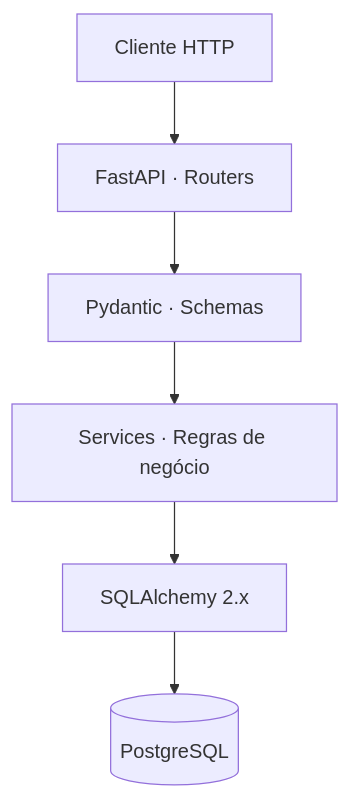
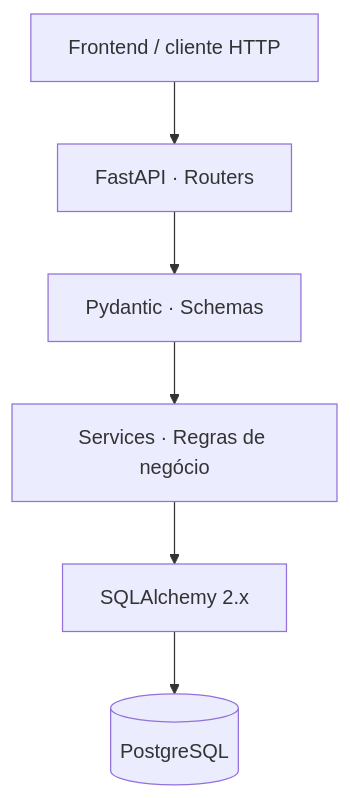
One commit to GabrielJalmeida/baby-belo changed the first of 3 diagrams in README.md. Above: the diagram before and after it, drawn with Mermaid. The commit also changed other lines of this file, not shown here.

````diff
--- a/README.md
+++ b/README.md
@@ -79,8 +89,8 @@
 ```mermaid
 flowchart TD
-    CLIENT[Cliente HTTP] --> ROUTER[FastAPI · Routers]
+    CLIENT[Frontend / cliente HTTP] --> ROUTER[FastAPI · Routers]
     ROUTER --> SCHEMA[Pydantic · Schemas]
     SCHEMA --> SERVICE[Services · Regras de negócio]
     SERVICE --> ORM[SQLAlchemy 2.x]
     ORM --> DB[(PostgreSQL)]
 ```
````
